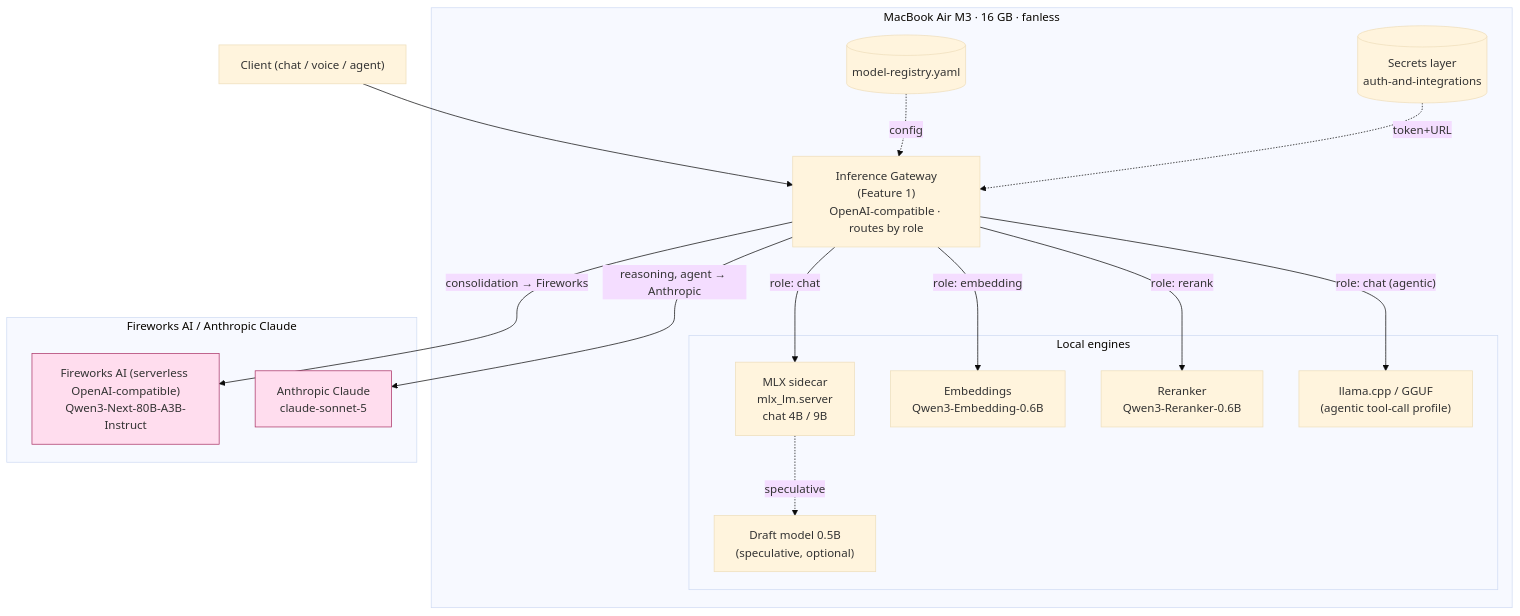
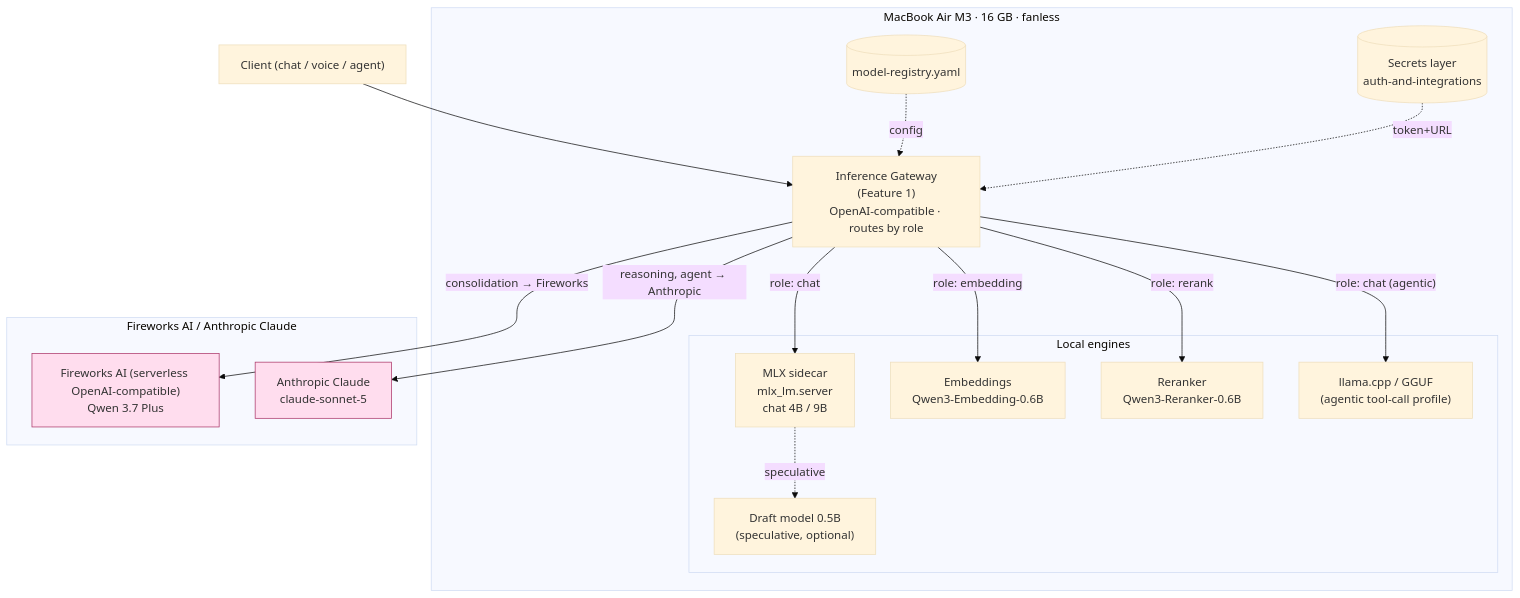
The diagram in architecture/model-serving.md (Anirudh-Sridharan/Jarvis), drawn with Mermaid (base theme) before and after one commit. The commit also changed other lines of this file and 4 other files, not shown here.

First line of the commit message:
fix(13.1): repin Fireworks heavy model to qwen3p7-plus after catalog rotation

````diff
--- a/architecture/model-serving.md
+++ b/architecture/model-serving.md
@@ -365,39 +368,39 @@
 ```mermaid
 flowchart TB
     Client["Client (chat / voice / agent)"]
 
     subgraph Device["MacBook Air M3 · 16 GB · fanless"]
         Gateway["Inference Gateway<br/>(Feature 1)<br/>OpenAI-compatible · routes by role"]
 
         subgraph Local["Local engines"]
             MLX["MLX sidecar<br/>mlx_lm.server<br/>chat 4B / 9B"]
             Draft["Draft model 0.5B<br/>(speculative, optional)"]
             Embed["Embeddings<br/>Qwen3-Embedding-0.6B"]
             Rerank["Reranker<br/>Qwen3-Reranker-0.6B"]
             GGUF["llama.cpp / GGUF<br/>(agentic tool-call profile)"]
         end
 
         Registry[("model-registry.yaml")]
         Secrets[("Secrets layer<br/>auth-and-integrations")]
     end
 
     subgraph Cloud["Fireworks AI / Anthropic Claude"]
-        FIREWORKS["Fireworks AI (serverless OpenAI-compatible)<br/>Qwen3-Next-80B-A3B-Instruct"]
+        FIREWORKS["Fireworks AI (serverless OpenAI-compatible)<br/>Qwen 3.7 Plus"]
         ANTHROPIC["Anthropic Claude<br/>claude-sonnet-5"]
     end
 
     Client --> Gateway
     Gateway -->|"role: chat"| MLX
     Gateway -->|"role: chat (agentic)"| GGUF
     Gateway -->|"role: embedding"| Embed
     Gateway -->|"role: rerank"| Rerank
     MLX -.->|speculative| Draft
     Gateway -->|"consolidation → Fireworks"| FIREWORKS
     Gateway -->|"reasoning, agent → Anthropic"| ANTHROPIC
 
     Registry -.config.-> Gateway
     Secrets -.token+URL.-> Gateway
 
     classDef remote fill:#fde,stroke:#a36;
     class FIREWORKS,ANTHROPIC remote;
 ```
````
